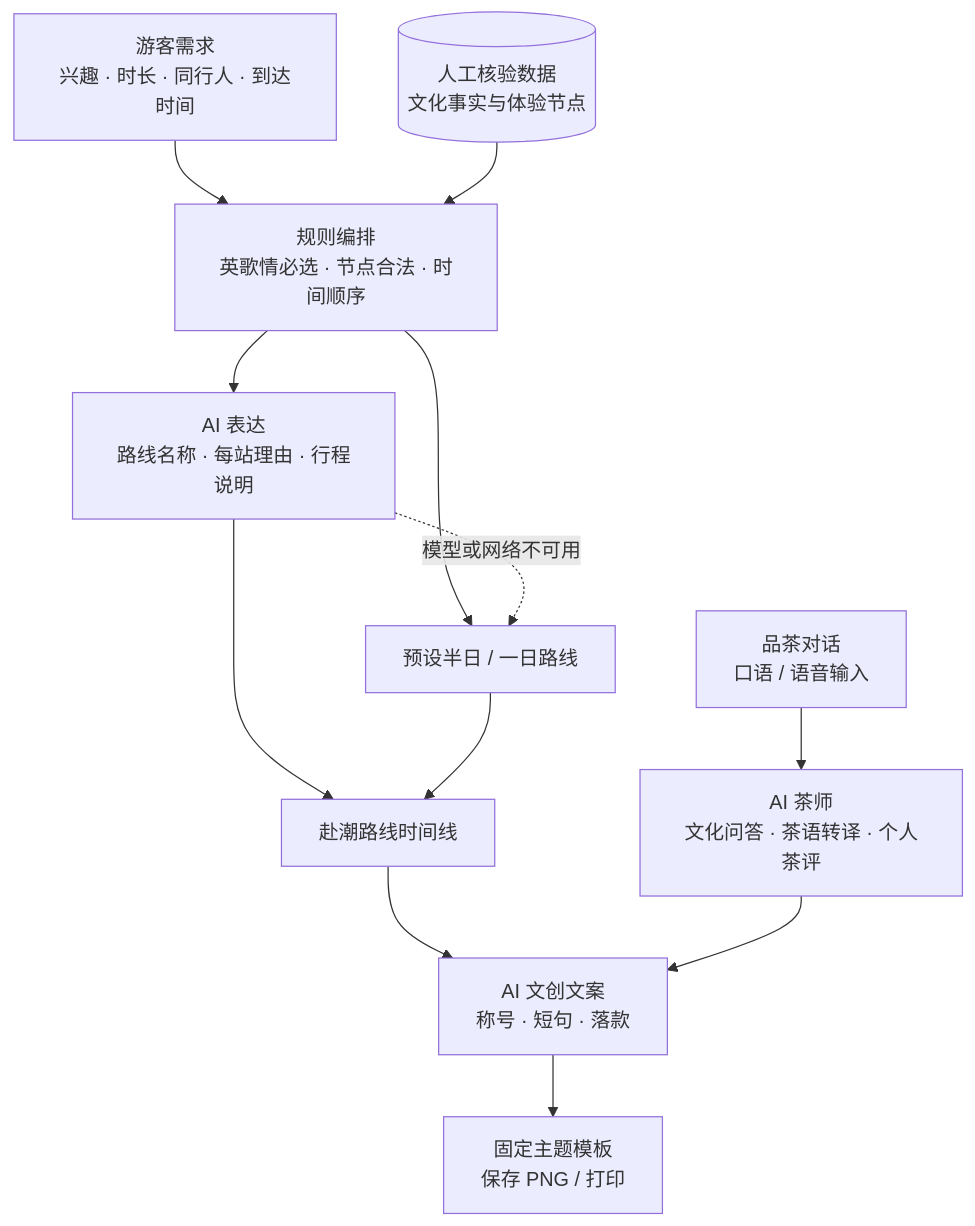
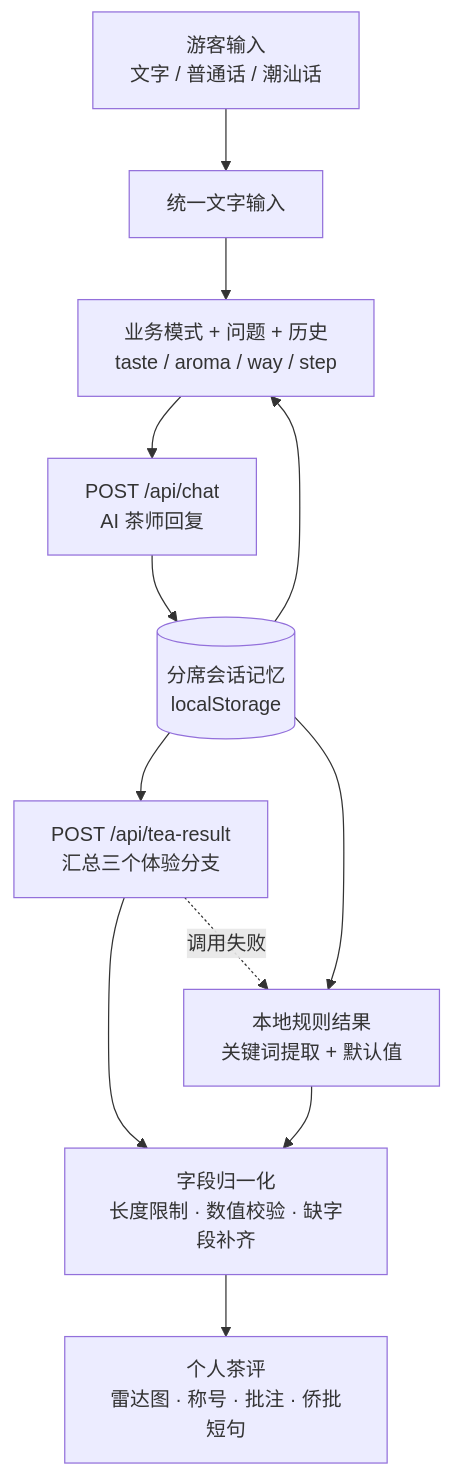
Before and after one commit to Jingmo35/RuxiChaoshan: the second of 3 diagrams in README.md, drawn with Mermaid. The commit also changed other lines of this file and 1 other file, not shown here.

````diff
--- a/README.md
+++ b/README.md
@@ -123,14 +150,14 @@
 ```mermaid
 flowchart TD
-    U["游客需求<br/>兴趣 · 时长 · 同行人 · 到达时间"] --> R["规则编排<br/>英歌情必选 · 节点合法 · 时间顺序"]
-    K[("人工核验数据<br/>文化事实与体验节点")] --> R
-    R --> A["AI 表达<br/>路线名称 · 每站理由 · 行程说明"]
-    R --> F["预设半日 / 一日路线"]
-    A --> P["赴潮路线时间线"]
-    A -. "模型或网络不可用" .-> F
-    F --> P
-    T["品茶对话<br/>口语 / 语音输入"] --> C["AI 茶师<br/>文化问答 · 茶语转译 · 个人茶评"]
-    P --> M["AI 文创文案<br/>称号 · 短句 · 落款"]
-    C --> M
-    M --> O["固定主题模板<br/>保存 PNG / 打印"]
+    U["游客输入<br/>文字 / 普通话 / 潮汕话"] --> I["统一文字输入"]
+    I --> C["业务模式 + 问题 + 历史<br/>taste / aroma / way / step"]
+    H[("分席会话记忆<br/>localStorage")] --> C
+    C --> A["POST /api/chat<br/>AI 茶师回复"]
+    A --> H
+    H --> R["POST /api/tea-result<br/>汇总三个体验分支"]
+    H --> F["本地规则结果<br/>关键词提取 + 默认值"]
+    R --> V["字段归一化<br/>长度限制 · 数值校验 · 缺字段补齐"]
+    R -. "调用失败" .-> F
+    F --> V
+    V --> O["个人茶评<br/>雷达图 · 称号 · 批注 · 侨批短句"]
 ```
````
